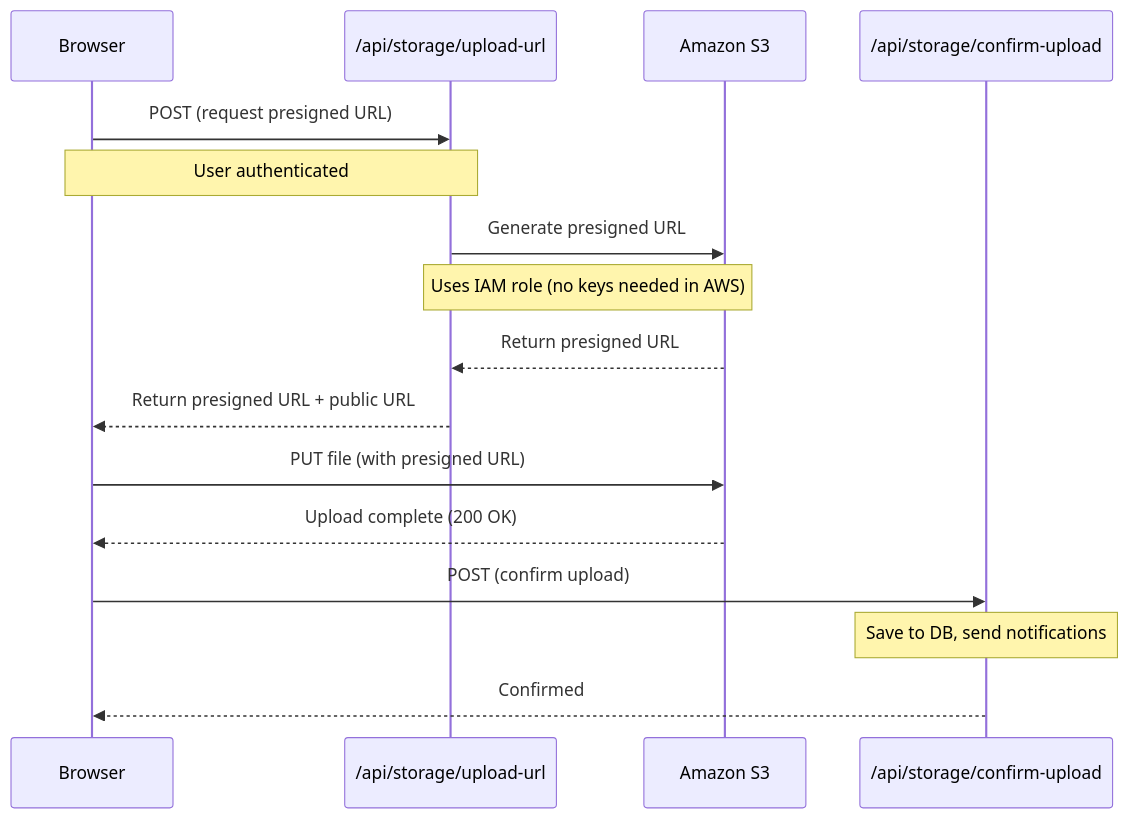
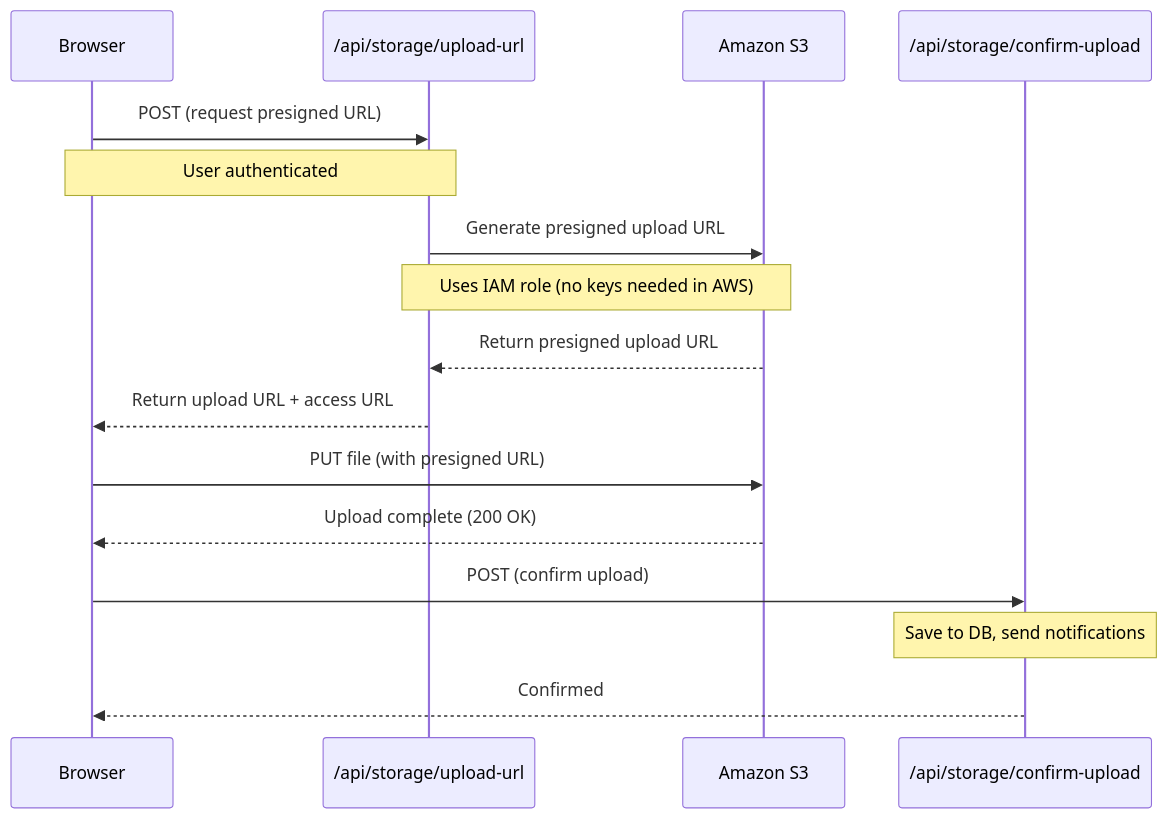
Before and after one commit to osmind-development-org/better-chatbot: the second of 2 diagrams in docs/tips-guides/file-storage.md, drawn with Mermaid. The commit also changed other lines of this file, not shown here.

````diff
--- a/docs/tips-guides/file-storage.md
+++ b/docs/tips-guides/file-storage.md
@@ -216,19 +218,19 @@
 ```mermaid
 sequenceDiagram
   participant Browser
   participant UploadURL as /api/storage/upload-url
   participant S3 as Amazon S3
   participant Confirm as /api/storage/confirm-upload
 
   Browser->>UploadURL: POST (request presigned URL)
   Note over Browser,UploadURL: User authenticated
-  UploadURL->>S3: Generate presigned URL
+  UploadURL->>S3: Generate presigned upload URL
   Note over UploadURL,S3: Uses IAM role (no keys needed in AWS)
-  S3-->>UploadURL: Return presigned URL
-  UploadURL-->>Browser: Return presigned URL + public URL
+  S3-->>UploadURL: Return presigned upload URL
+  UploadURL-->>Browser: Return upload URL + access URL
   Browser->>S3: PUT file (with presigned URL)
   S3-->>Browser: Upload complete (200 OK)
   Browser->>Confirm: POST (confirm upload)
   Note over Confirm: Save to DB, send notifications
   Confirm-->>Browser: Confirmed
 ```
````
